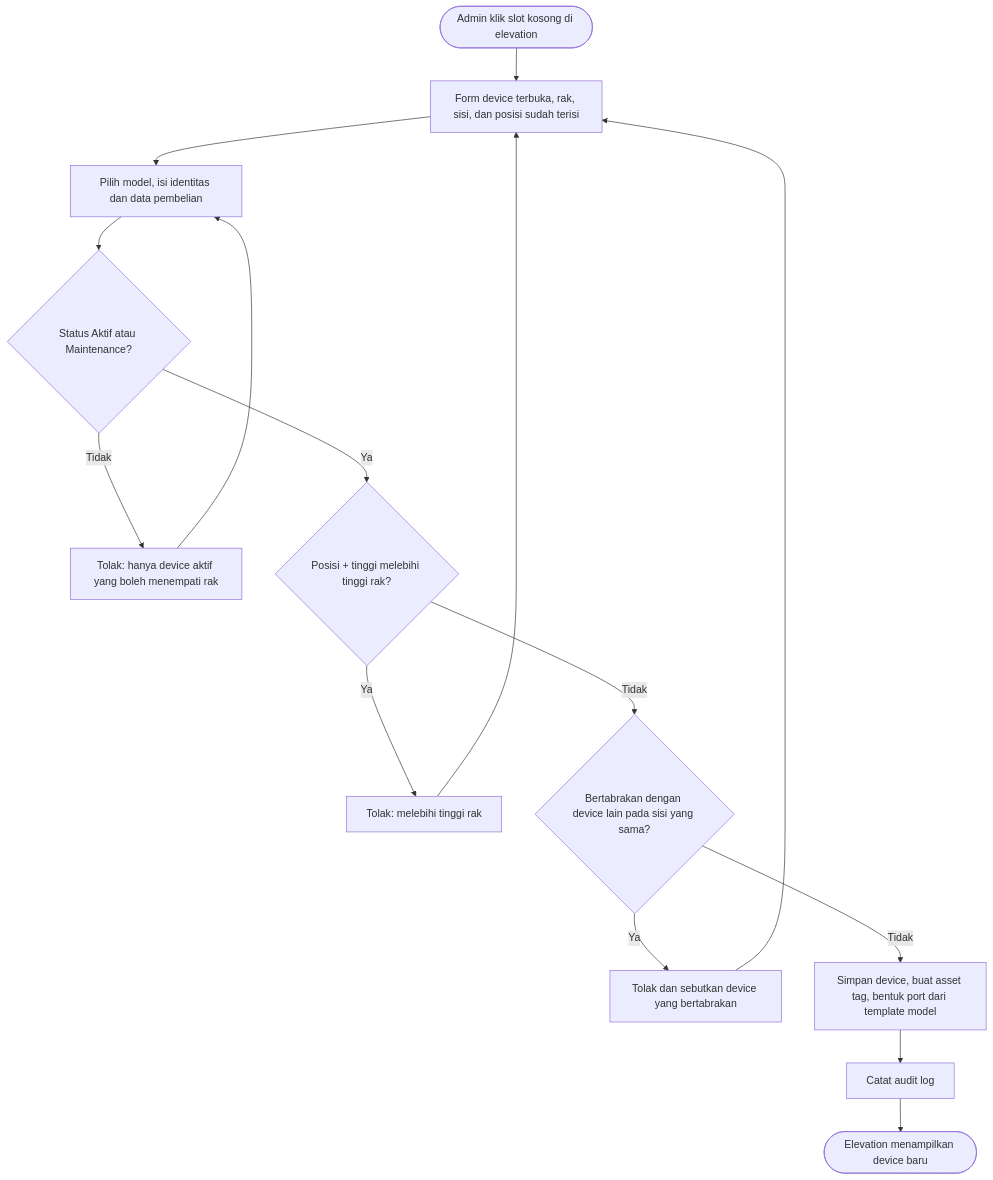
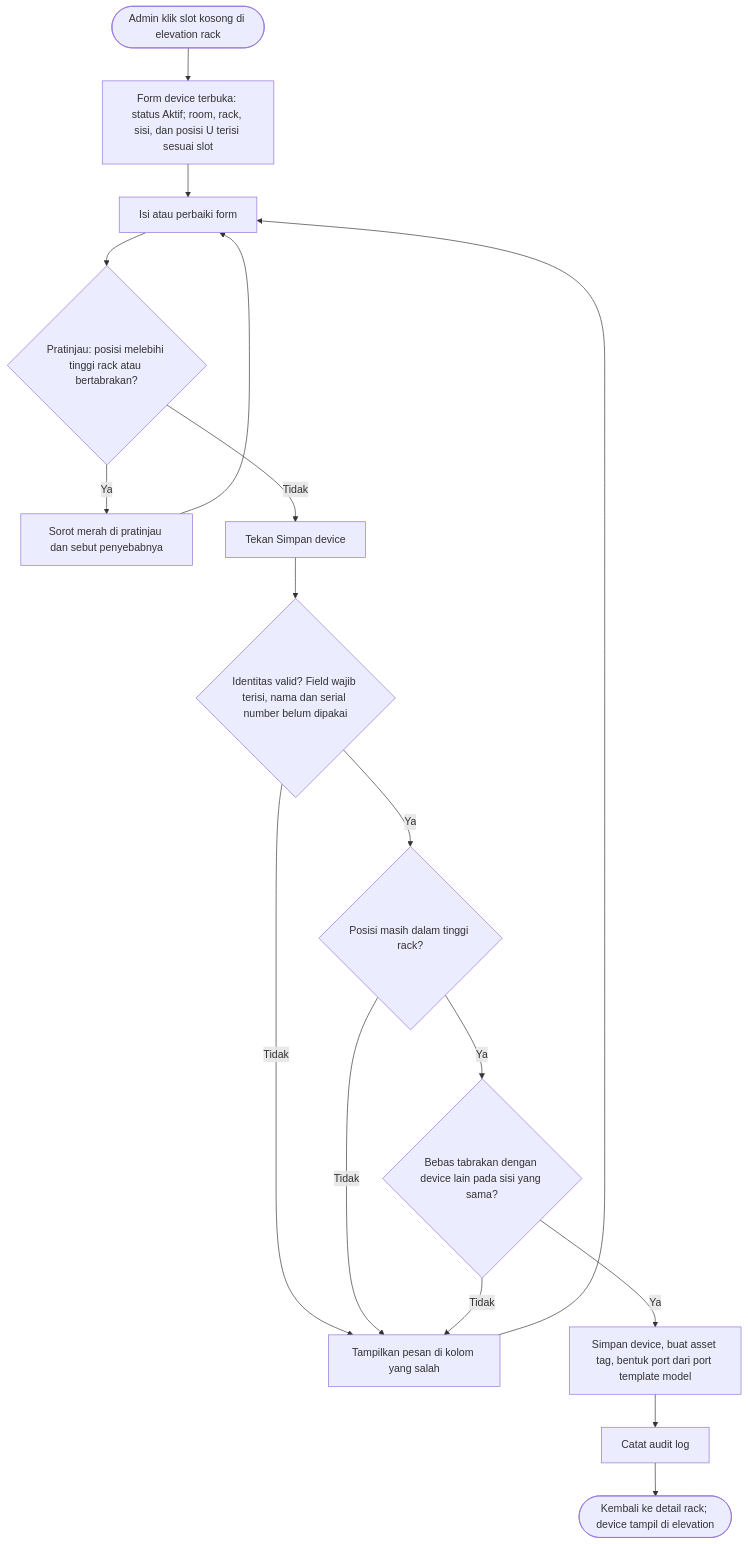
One commit to haldrianlab-arch/DCM_PROJECT changed the second of 6 diagrams in docs/diagrams/flowchart.md. Above: the diagram before and after it, drawn with Mermaid. The commit also changed other lines of this file and 10 other files, not shown here.

Commit message:
docs: PRD v0.3, design spec v0.3, flowchart dan use case diperbarui

````diff
--- a/docs/diagrams/flowchart.md
+++ b/docs/diagrams/flowchart.md
@@ -34,14 +42,17 @@
 ```mermaid
 flowchart TD
-    A([Admin klik slot kosong di elevation]) --> B["Form device terbuka, rak, sisi, dan posisi sudah terisi"]
-    B --> C[Pilih model, isi identitas dan data pembelian]
-    C --> D{"Status Aktif atau Maintenance?"}
-    D -- Tidak --> D1[Tolak: hanya device aktif yang boleh menempati rak] --> C
-    D -- Ya --> E{"Posisi + tinggi melebihi tinggi rak?"}
-    E -- Ya --> E1[Tolak: melebihi tinggi rak] --> B
-    E -- Tidak --> F{"Bertabrakan dengan device lain pada sisi yang sama?"}
-    F -- Ya --> F1[Tolak dan sebutkan device yang bertabrakan] --> B
-    F -- Tidak --> G[Simpan device, buat asset tag, bentuk port dari template model]
+    A([Admin klik slot kosong di elevation rack]) --> B["Form device terbuka: status Aktif; room, rack, sisi, dan posisi U terisi sesuai slot"]
+    B --> C[Isi atau perbaiki form]
+    C --> P{"Pratinjau: posisi melebihi tinggi rack atau bertabrakan?"}
+    P -- Ya --> P1[Sorot merah di pratinjau dan sebut penyebabnya] --> C
+    P -- Tidak --> S[Tekan Simpan device]
+    S --> V1{"Identitas valid? Field wajib terisi, nama dan serial number belum dipakai"}
+    V1 -- Tidak --> E[Tampilkan pesan di kolom yang salah] --> C
+    V1 -- Ya --> V2{"Posisi masih dalam tinggi rack?"}
+    V2 -- Tidak --> E
+    V2 -- Ya --> V3{"Bebas tabrakan dengan device lain pada sisi yang sama?"}
+    V3 -- Tidak --> E
+    V3 -- Ya --> G[Simpan device, buat asset tag, bentuk port dari port template model]
     G --> H[Catat audit log]
-    H --> I([Elevation menampilkan device baru])
+    H --> I([Kembali ke detail rack; device tampil di elevation])
 ```
````
